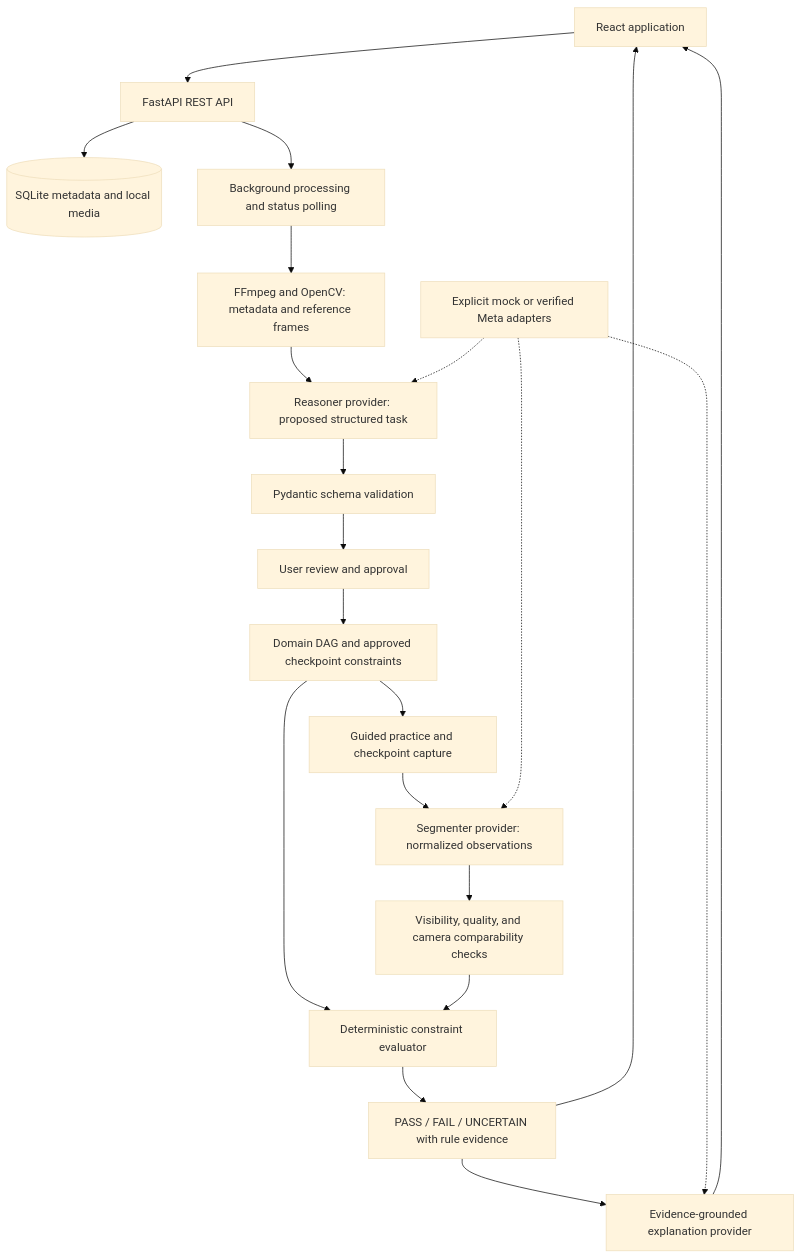
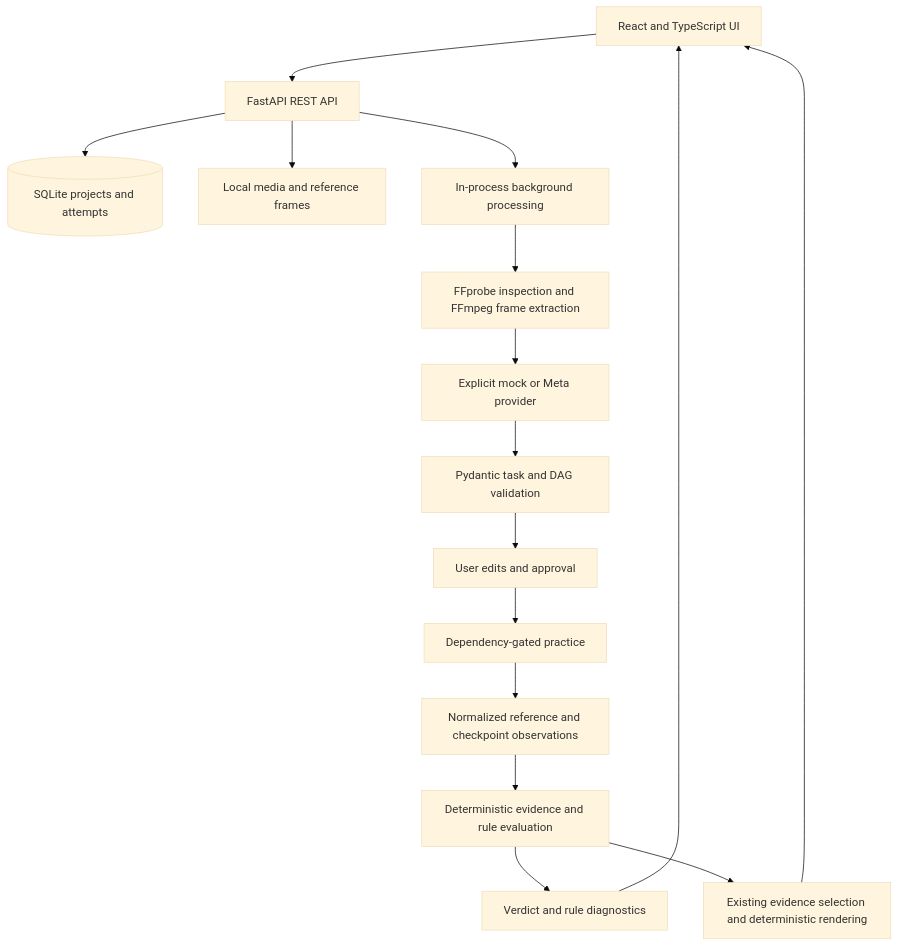
The diagram in docs/architecture.md (jarvis0626/ReplayLab), drawn with Mermaid (base theme) before and after one commit. The commit also changed other lines of this file and 72 other files, not shown here.

Commit message:
feat: implement ReplayLab offline workflow and Meta provider adapters

````diff
--- a/docs/architecture.md
+++ b/docs/architecture.md
@@ -11,23 +16,18 @@
 ```mermaid
 flowchart TD
-    Browser[React application] --> API[FastAPI REST API]
-    API --> Store[(SQLite metadata and local media)]
-    API --> Jobs[Background processing and status polling]
-    Jobs --> Video[FFmpeg and OpenCV: metadata and reference frames]
-    Video --> Reasoner[Reasoner provider: proposed structured task]
-    Reasoner --> Validation[Pydantic schema validation]
-    Validation --> Review[User review and approval]
-    Review --> Graph[Domain DAG and approved checkpoint constraints]
-    Graph --> Practice[Guided practice and checkpoint capture]
-    Practice --> Segmenter[Segmenter provider: normalized observations]
-    Segmenter --> Evidence[Visibility, quality, and camera comparability checks]
-    Graph --> Evaluator[Deterministic constraint evaluator]
-    Evidence --> Evaluator
-    Evaluator --> Result[PASS / FAIL / UNCERTAIN with rule evidence]
-    Result --> Explainer[Evidence-grounded explanation provider]
-    Result --> Browser
-    Explainer --> Browser
-    Providers[Explicit mock or verified Meta adapters] -.-> Reasoner
-    Providers -.-> Segmenter
-    Providers -.-> Explainer
+    UI[React and TypeScript UI] --> API[FastAPI REST API]
+    API --> DB[(SQLite projects and attempts)]
+    API --> Media[Local media and reference frames]
+    API --> Jobs[In-process background processing]
+    Jobs --> Video[FFprobe inspection and FFmpeg frame extraction]
+    Video --> Provider[Explicit mock or Meta provider]
+    Provider --> Task[Pydantic task and DAG validation]
+    Task --> Review[User edits and approval]
+    Review --> Practice[Dependency-gated practice]
+    Practice --> Observation[Normalized reference and checkpoint observations]
+    Observation --> Verify[Deterministic evidence and rule evaluation]
+    Verify --> Result[Verdict and rule diagnostics]
+    Result --> UI
+    Verify --> Explain[Existing evidence selection and deterministic rendering]
+    Explain --> UI
 ```
````
